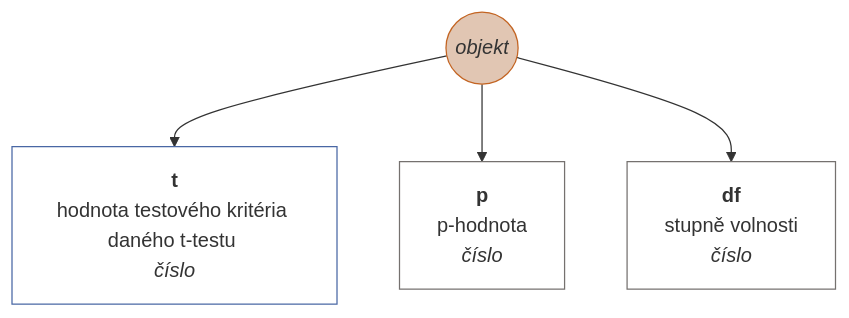
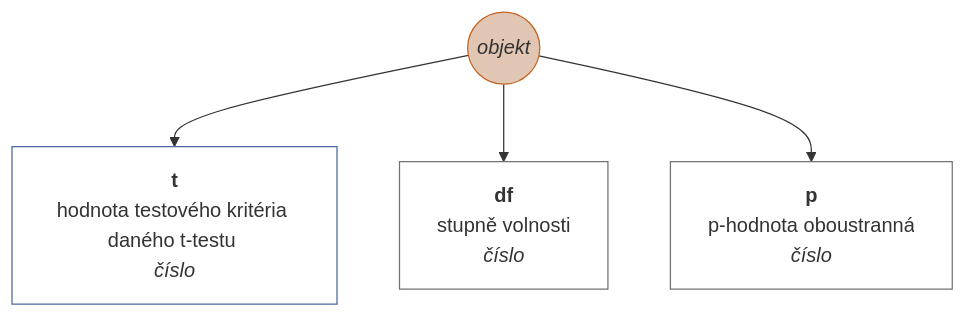
One commit to muzikp/retusa changed diagram 37 of 45 in docs/cs-CZ.md. Above: the diagram before and after it, drawn with Mermaid. The commit also changed other lines of this file and 9 other files, not shown here.

````diff
--- a/docs/cs-CZ.md
+++ b/docs/cs-CZ.md
@@ -1421,16 +1481,16 @@
 ```mermaid
 graph TD
 ttestind((<i>objekt</i>))
 style ttestind fill:#E1C6B3;
 style ttestind stroke:#C36422;
 ttestind --> t[<b>t</b><br>hodnota testového kritéria daného t-testu <br><i>číslo</i>]
 style t fill:#FFFFFF;
 style t stroke:#4967A4;
-ttestind --> p[<b>p</b><br>p-hodnota <br><i>číslo</i>]
-style p fill:#FFFFFF;
-style p stroke:#75716F;
 ttestind --> df[<b>df</b><br>stupně volnosti <br><i>číslo</i>]
 style df fill:#FFFFFF;
 style df stroke:#75716F;
+ttestind --> p[<b>p</b><br>p-hodnota oboustranná <br><i>číslo</i>]
+style p fill:#FFFFFF;
+style p stroke:#75716F;
 
 ```
````
